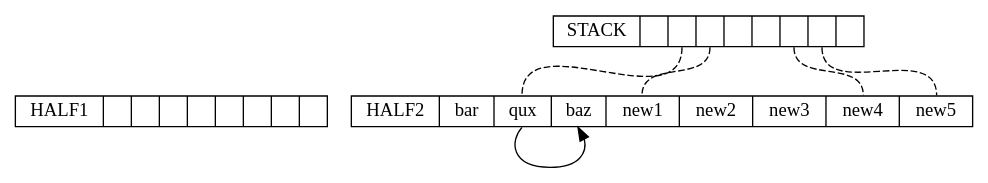
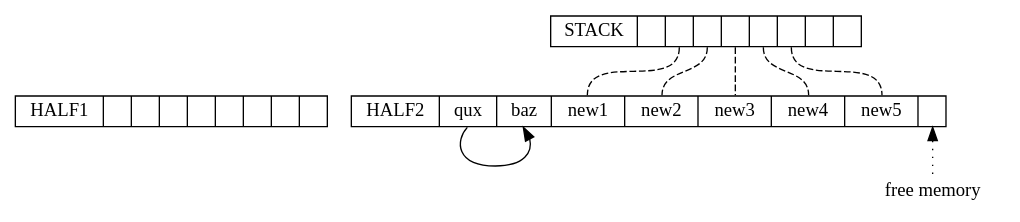
Before and after one commit to com-lihaoyi/mill: the ninth of 13 diagrams in blog/modules/ROOT/pages/6-garbage-collector-perf.adoc, drawn with Graphviz. The commit also changed other lines of this file and 2 other files, not shown here.

````diff
--- a/blog/modules/ROOT/pages/6-garbage-collector-perf.adoc
+++ b/blog/modules/ROOT/pages/6-garbage-collector-perf.adoc
@@ -185,22 +230,23 @@
 ```graphviz
 digraph G {
   
   node [shape=box width=0 height=0 style=filled fillcolor=white]
   {rank=same; heap1; heap2}
-  heap2 [shape=record label="HALF2 | <f0> bar | <f1> qux | <f2> baz | <f3> new1 | <f4> new2 | <f5> new3 | <f6> new4 | <f7> new5 "]
+  heap2 [shape=record label="HALF2 | <f0> qux | <f1> baz | <f2> new1 | <f3> new2 | <f4> new3 | <f5> new4 | <f6> new5 | <f7>"]
 
   heap1 [shape=record label="HALF1 | <f0> | <f1> | <f2> | <f3> | <f4> | <f5> | <f6> | <f7> "]
-  heap2:f1:s -> heap2:f2:s
-
+  heap2:f0:s -> heap2:f1:s
+  alloc [label = "free memory", shape=plaintext]
+  heap2:f7:s -> alloc:n [dir=back, style=dotted]
+  stack [shape=record label="STACK | <f0> | <f1> | <f2> | <f3> | <f4> | <f5> | <f6> | <f7> "]
   stack [shape=record label="STACK | <f0> | <f1> | <f2> | <f3> | <f4> | <f5> | <f6> | <f7> "]
 
-  stack:f1 -> heap2:f1 [dir=none, style=dashed]
+  stack:f1 -> heap2:f2 [dir=none, style=dashed]
   stack:f2 -> heap2:f3 [dir=none, style=dashed]
-
-
+  stack:f3 -> heap2:f4 [dir=none, style=dashed]
+  stack:f4 -> heap2:f5 [dir=none, style=dashed]
   stack:f5 -> heap2:f6 [dir=none, style=dashed]
-  stack:f6 -> heap2:f7 [dir=none, style=dashed]
 
 
 }
 ```
````
